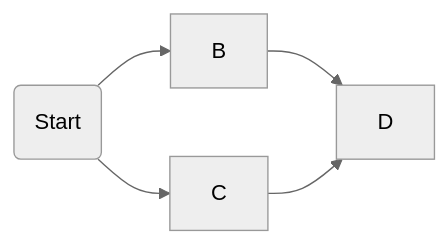
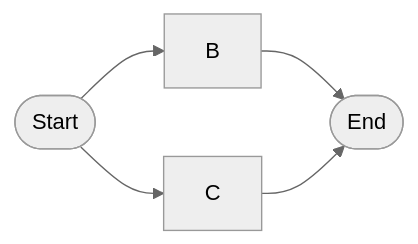
Before and after one commit to mkarau/testMermaid: the second of 2 diagrams in simplelow.md, drawn with Mermaid (neutral theme).

````diff
--- a/simplelow.md
+++ b/simplelow.md
@@ -9,7 +9,7 @@
 ```mermaid
   flowchart LR;
-      A(Start)-->B;
+      A([Start])-->B;
       A-->C;
       B-->D;
-      C-->D;
+      C-->D([End]);
 ```
````
